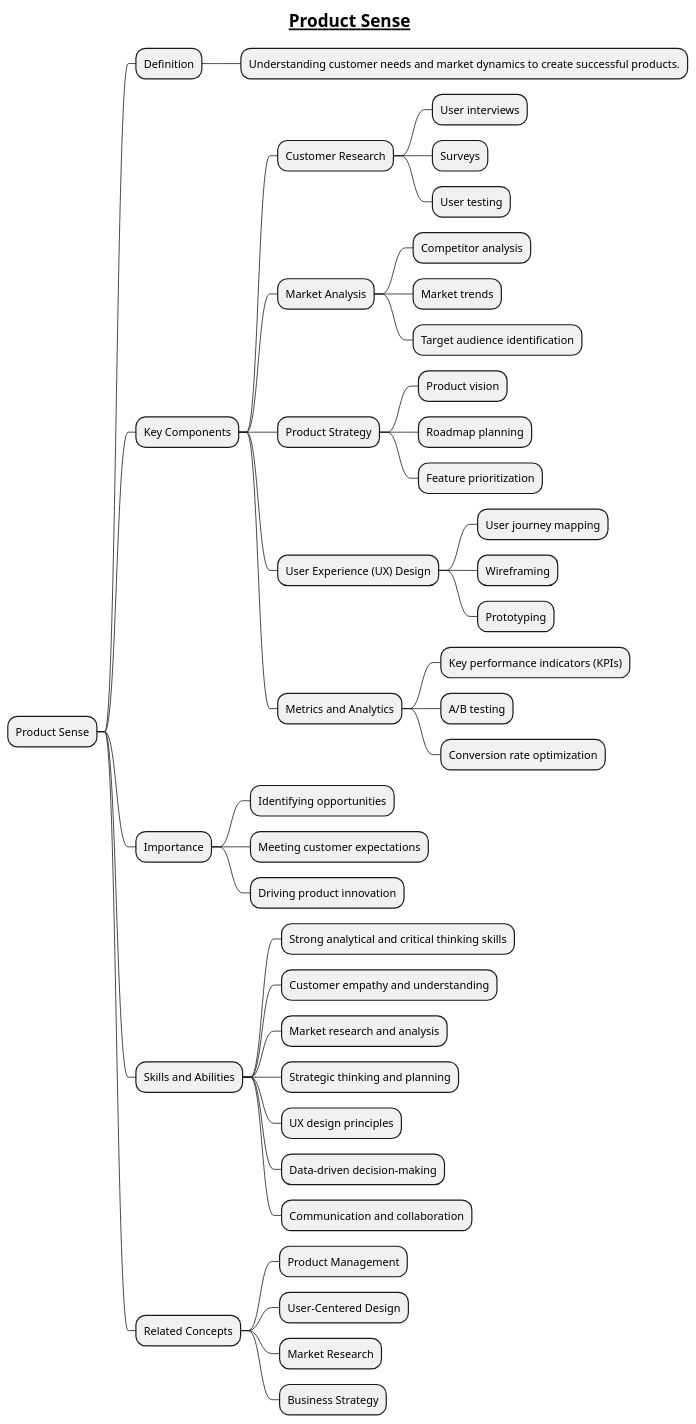
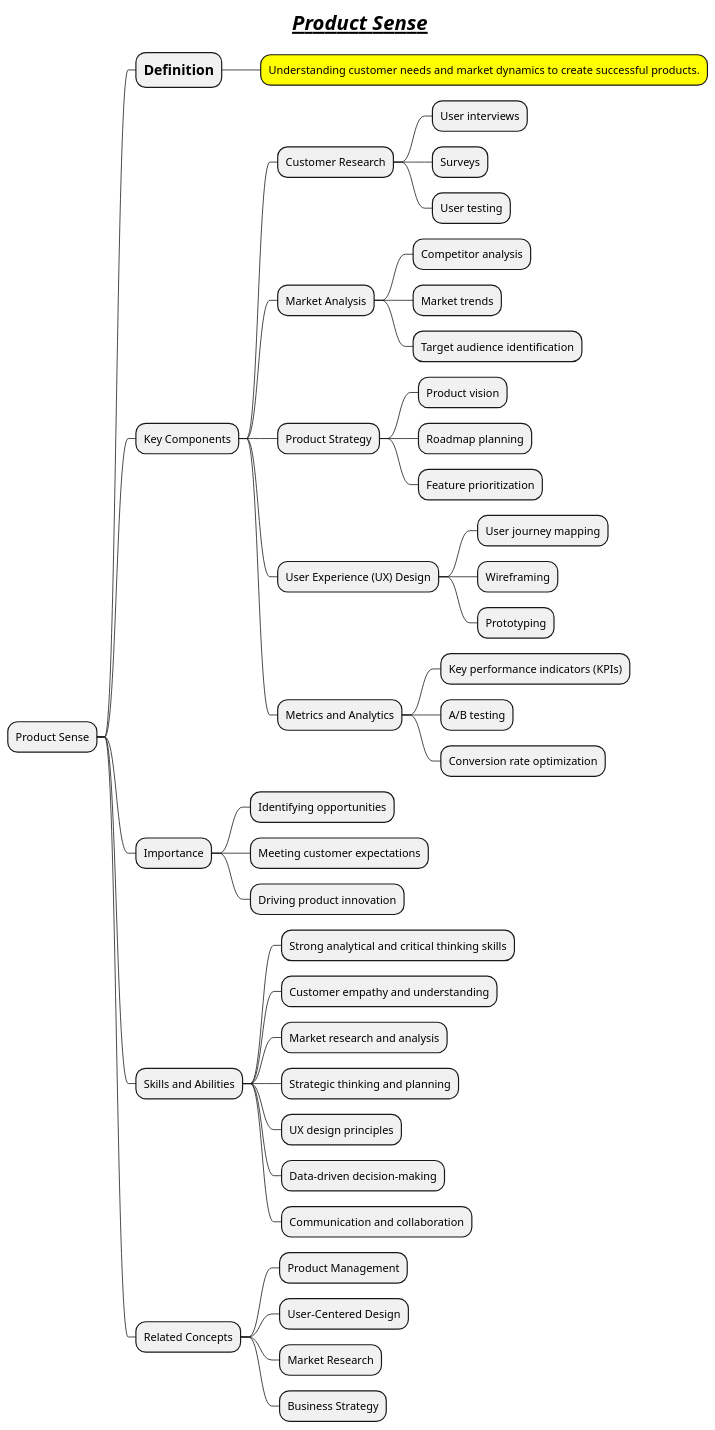
One commit to MehmoodHashmi/Documentation-as-Code-DaC changed the diagram in docs/Requirement-Engineering/Product-Sense.puml. Above: the diagram before and after it, drawn with PlantUML. The commit also changed 2 other files, not shown here.

```diff
--- a/docs/Requirement-Engineering/Product-Sense.puml
+++ b/docs/Requirement-Engineering/Product-Sense.puml
@@ -1,47 +1,47 @@
 @startmindmap
 
-title =__ Product Sense__
+title =//__ Product Sense__//
 
 * Product Sense
-** Definition
-*** Understanding customer needs and market dynamics to create successful products.
+** =Definition
+***[#yellow] Understanding customer needs and market dynamics to create successful products.
 ** Key Components
 *** Customer Research
 **** User interviews
 **** Surveys
 **** User testing
 *** Market Analysis
 **** Competitor analysis
 **** Market trends
 **** Target audience identification
 *** Product Strategy
 **** Product vision
 **** Roadmap planning
 **** Feature prioritization
 *** User Experience (UX) Design
 **** User journey mapping
 **** Wireframing
 **** Prototyping
 *** Metrics and Analytics
 **** Key performance indicators (KPIs)
 **** A/B testing
 **** Conversion rate optimization
 ** Importance
 *** Identifying opportunities
 *** Meeting customer expectations
 *** Driving product innovation
 ** Skills and Abilities
 *** Strong analytical and critical thinking skills
 *** Customer empathy and understanding
 *** Market research and analysis
 *** Strategic thinking and planning
 *** UX design principles
 *** Data-driven decision-making
 *** Communication and collaboration
 ** Related Concepts
 *** Product Management
 *** User-Centered Design
 *** Market Research
 *** Business Strategy
 
 @endmindmap
```
